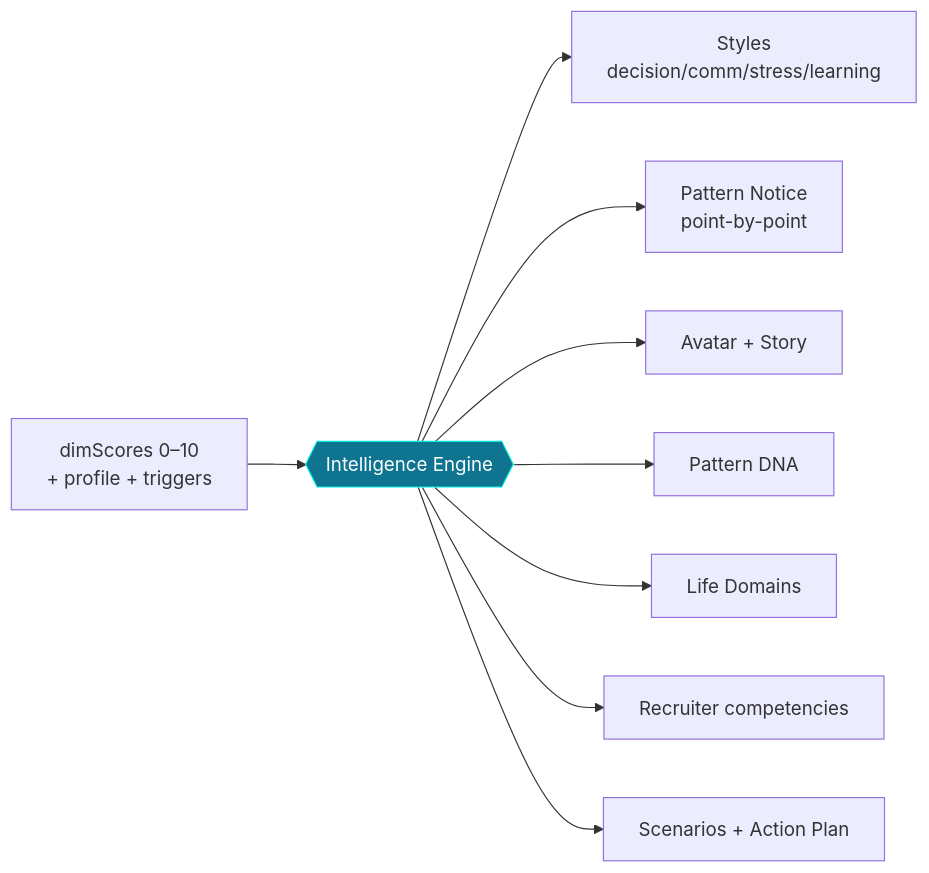
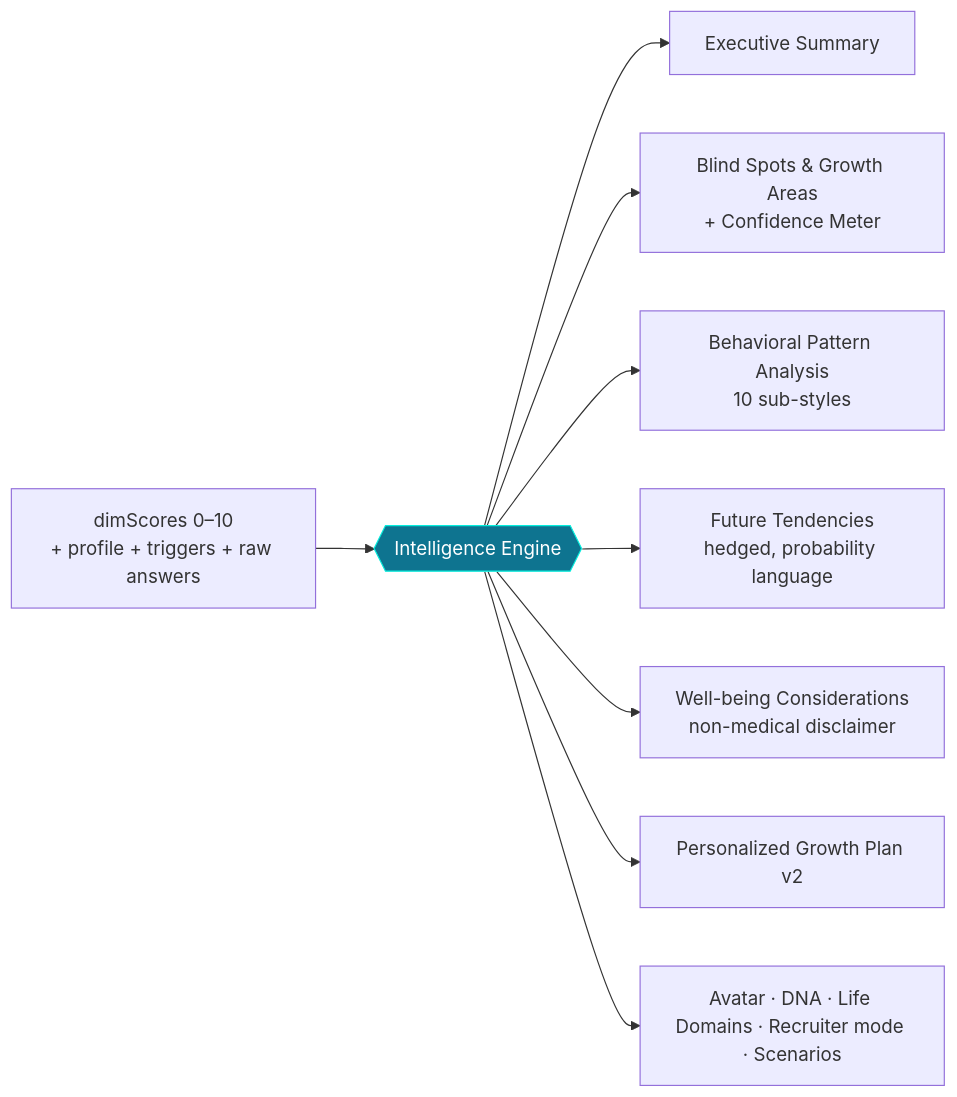
The second of 4 diagrams in docs/ARCHITECTURE.md (AntaraBarman/Project1), drawn with Mermaid before and after one commit. The commit also changed other lines of this file and 1 other file, not shown here.

Commit message:
Update docs for the 7-section AI report

````diff
--- a/docs/ARCHITECTURE.md
+++ b/docs/ARCHITECTURE.md
@@ -60,13 +61,13 @@
 ```mermaid
 flowchart LR
-  IN[dimScores 0–10<br/>+ profile + triggers] --> ENG{{Intelligence Engine}}
-  ENG --> O1[Styles<br/>decision/comm/stress/learning]
-  ENG --> O2[Pattern Notice<br/>point-by-point]
-  ENG --> O3[Avatar + Story]
-  ENG --> O4[Pattern DNA]
-  ENG --> O5[Life Domains]
-  ENG --> O6[Recruiter competencies]
-  ENG --> O7[Scenarios + Action Plan]
+  IN[dimScores 0–10<br/>+ profile + triggers + raw answers] --> ENG{{Intelligence Engine}}
+  ENG --> O1[Executive Summary]
+  ENG --> O2[Blind Spots & Growth Areas<br/>+ Confidence Meter]
+  ENG --> O3[Behavioral Pattern Analysis<br/>10 sub-styles]
+  ENG --> O4[Future Tendencies<br/>hedged, probability language]
+  ENG --> O5[Well-being Considerations<br/>non-medical disclaimer]
+  ENG --> O6[Personalized Growth Plan v2]
+  ENG --> O7[Avatar · DNA · Life Domains · Recruiter mode · Scenarios]
   classDef e fill:#0e7490,stroke:#04EEDD,color:#fff
   class ENG e
 ```
````
